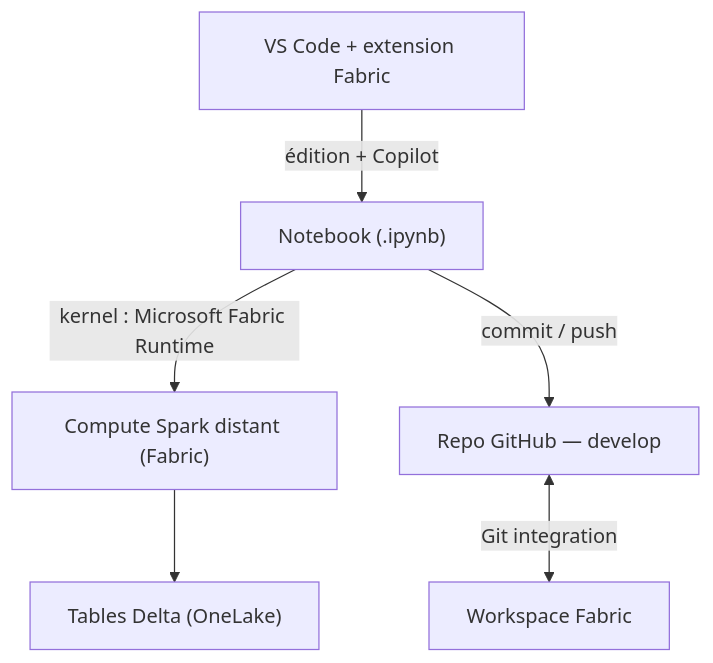
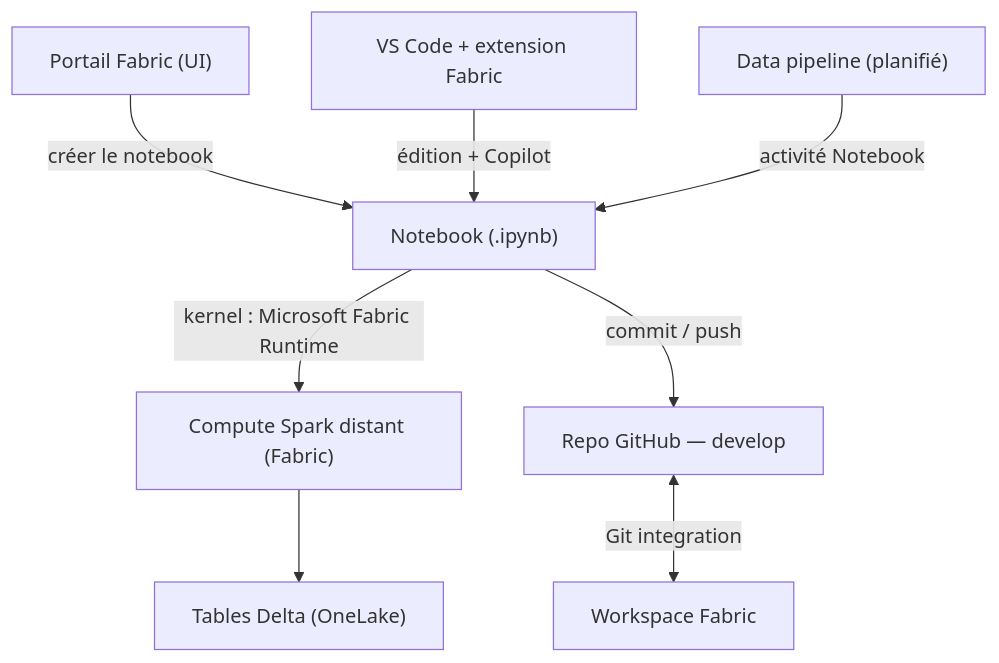
The diagram in README.md (ppeton-expertime/fabric-ai-assisted), drawn with Mermaid before and after one commit. The commit also changed other lines of this file and 1 other file, not shown here.

Commit message:
docs: README + mode operatoire enrichis (creation UI + pipeline planifie)

````diff
--- a/README.md
+++ b/README.md
@@ -41,8 +42,10 @@
 ```mermaid
 flowchart TD
-    A["VS Code + extension Fabric"] -->|"édition + Copilot"| N["Notebook (.ipynb)"]
+    UI["Portail Fabric (UI)"] -->|"créer le notebook"| N["Notebook (.ipynb)"]
+    A["VS Code + extension Fabric"] -->|"édition + Copilot"| N
     N -->|"kernel : Microsoft Fabric Runtime"| C["Compute Spark distant (Fabric)"]
     C --> T["Tables Delta (OneLake)"]
     N -->|"commit / push"| GH["Repo GitHub — develop"]
     GH <-->|"Git integration"| WS["Workspace Fabric"]
+    PPL["Data pipeline (planifié)"] -->|"activité Notebook"| N
 ```
````
